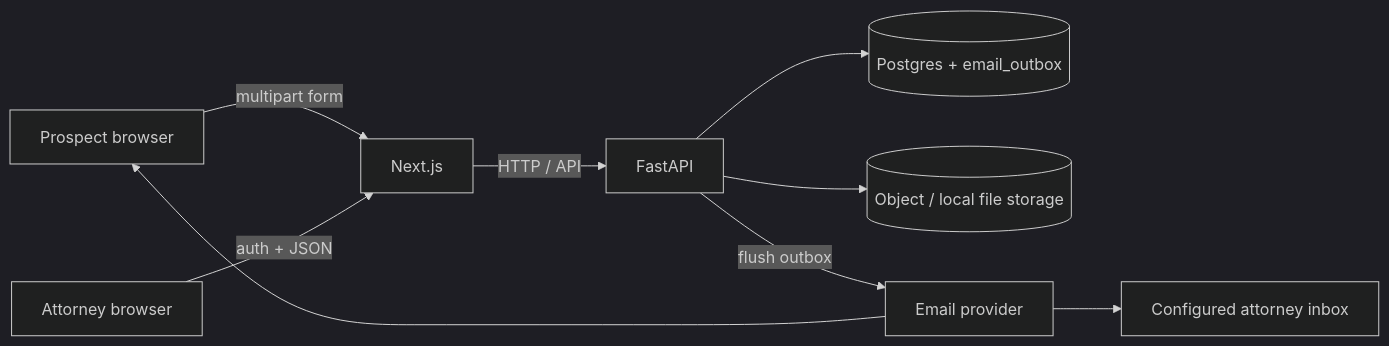
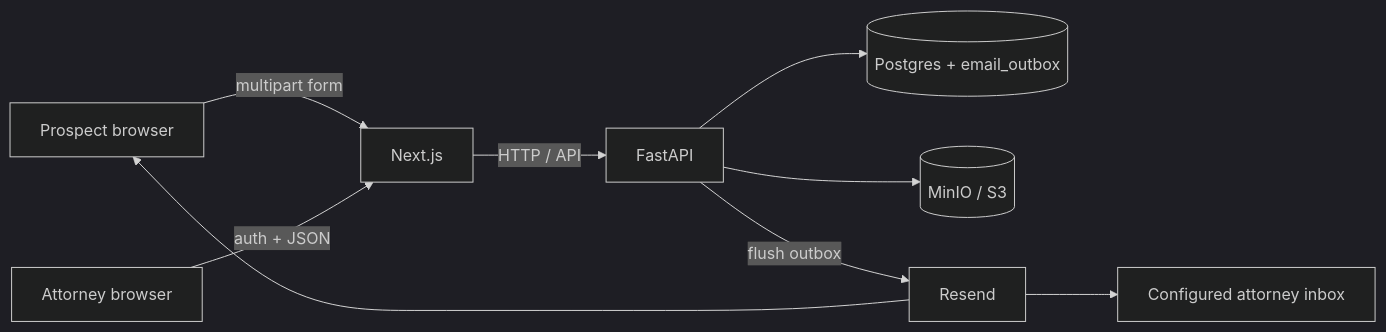
One commit to kylediaz/alma-th changed the diagram in docs/DESIGN.md. Above: the diagram before and after it, drawn with Mermaid (dark theme). The commit also changed other lines of this file and 11 other files, not shown here.

````diff
--- a/docs/DESIGN.md
+++ b/docs/DESIGN.md
@@ -45,11 +41,11 @@
 ```mermaid
 flowchart LR
   Prospect[Prospect browser] -->|multipart form| Web[Next.js]
   Attorney[Attorney browser] -->|auth + JSON| Web
   Web -->|HTTP / API| API[FastAPI]
   API --> DB[(Postgres + email_outbox)]
-  API --> Files[(Object / local file storage)]
-  API -->|flush outbox| Mail[Email provider]
+  API --> Files[(MinIO / S3)]
+  API -->|flush outbox| Mail[Resend]
   Mail --> Prospect
   Mail --> FirmInbox[Configured attorney inbox]
 ```
````
